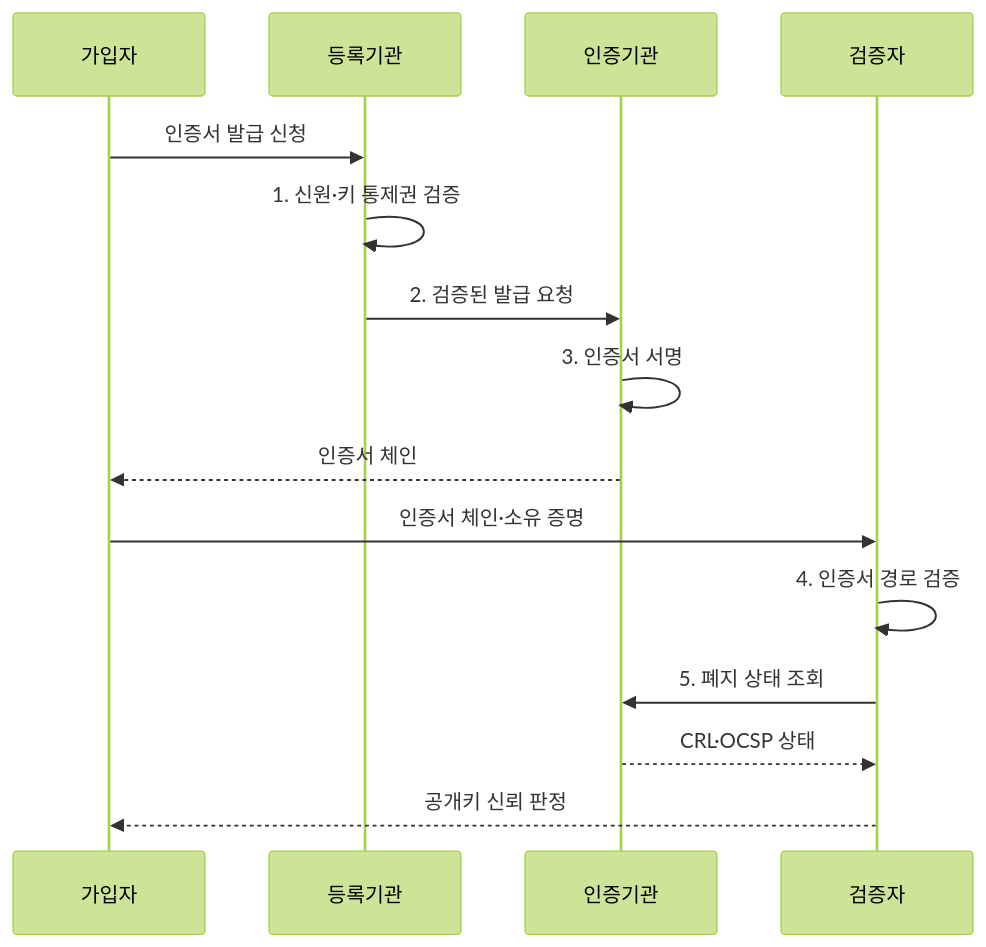
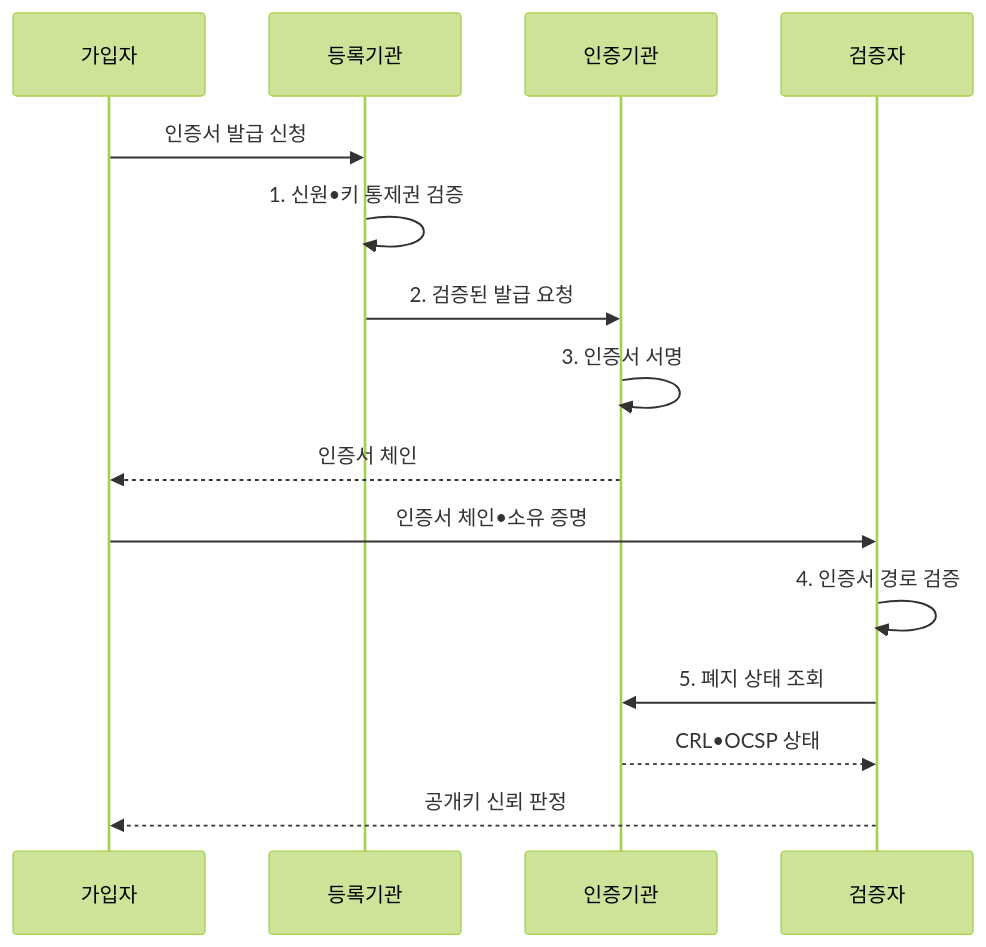
One commit to agnusdei1207/knowledge-base changed the second of 2 diagrams in src/content/docs/notes/05-security/007_public_key_infrastructure.md. Above: the diagram before and after it, drawn with Mermaid (forest theme). The commit also changed other lines of this file and 953 other files, not shown here.

````diff
--- a/src/content/docs/notes/05-security/007_public_key_infrastructure.md
+++ b/src/content/docs/notes/05-security/007_public_key_infrastructure.md
@@ -105,17 +105,17 @@
 ```mermaid
 sequenceDiagram
     participant S as 가입자
     participant R as 등록기관
     participant C as 인증기관
     participant V as 검증자
     S->>R: 인증서 발급 신청
-    R->>R: 1. 신원·키 통제권 검증
+    R->>R: 1. 신원•키 통제권 검증
     R->>C: 2. 검증된 발급 요청
     C->>C: 3. 인증서 서명
     C-->>S: 인증서 체인
-    S->>V: 인증서 체인·소유 증명
+    S->>V: 인증서 체인•소유 증명
     V->>V: 4. 인증서 경로 검증
     V->>C: 5. 폐지 상태 조회
-    C-->>V: CRL·OCSP 상태
+    C-->>V: CRL•OCSP 상태
     V-->>S: 공개키 신뢰 판정
 ```
````
